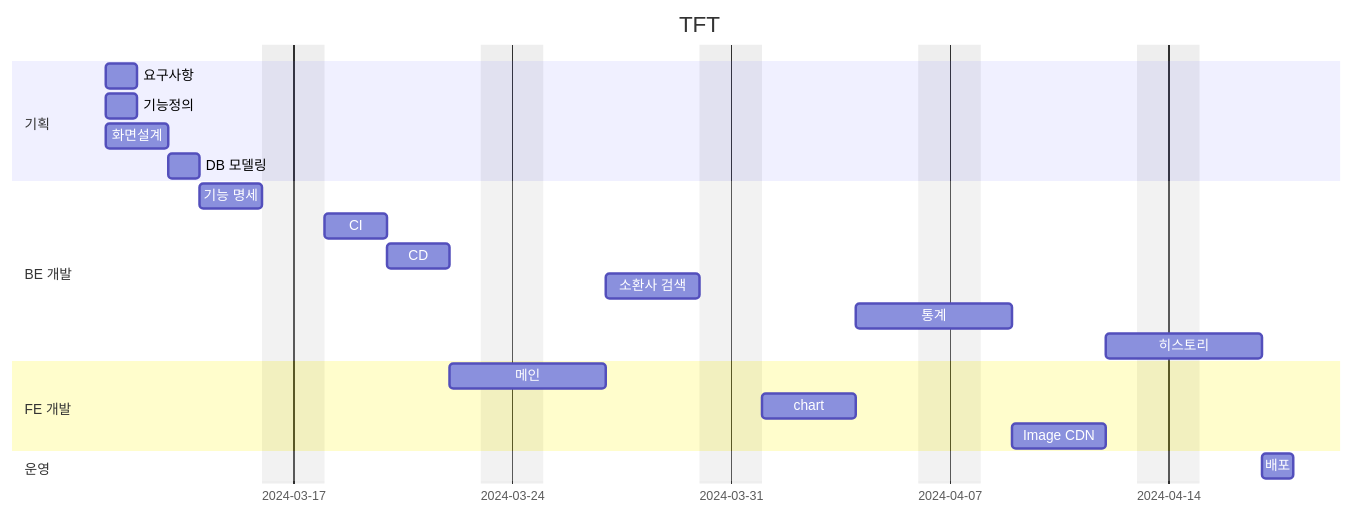
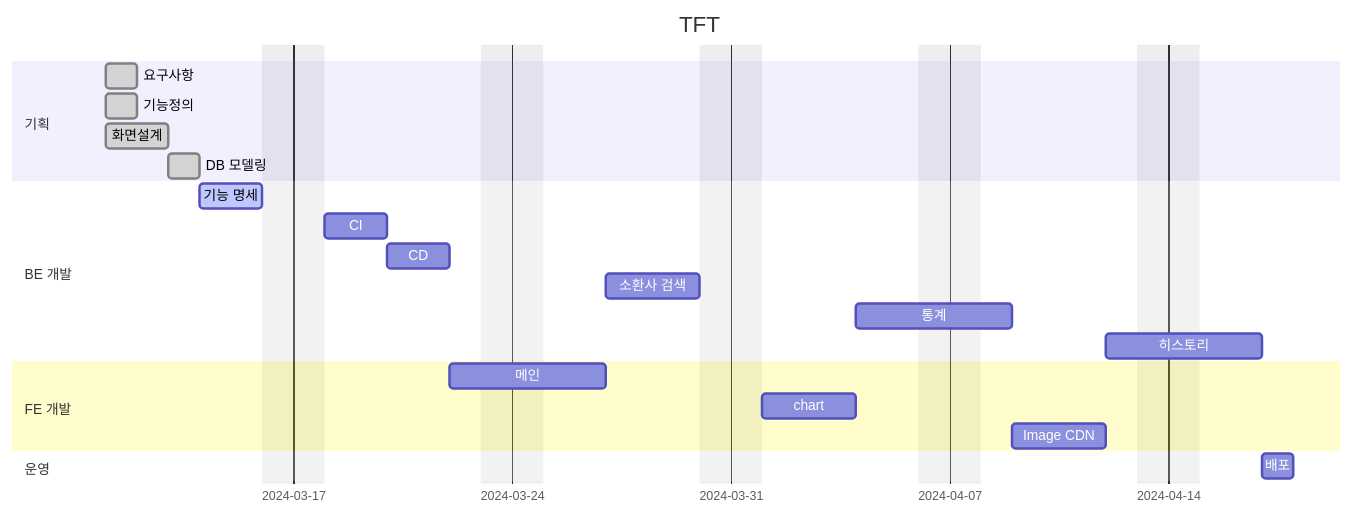
Before and after one commit to jmp7911/TFT_stats: the diagram in README.md, drawn with Mermaid. The commit also changed other lines of this file and 1 other file, not shown here.

````diff
--- a/README.md
+++ b/README.md
@@ -42,27 +42,30 @@
 ```mermaid
+
 gantt
     dateformat yyyy-mm-dd
     excludes weekends
     title TFT
 
 section 기획
-    요구사항        :a1, 2024-03-11, 1d
-    기능정의        :a2, 2024-03-11, 1d
-    화면설계        :a3, 2024-03-11, 2d
-    DB 모델링        :a4, after a3, 1d
+    요구사항        :done, a1, 2024-03-11, 1d
+    기능정의        :done, a2, 2024-03-11, 1d
+    화면설계        :done, a3, 2024-03-11, 2d
+    DB 모델링        :done, a4, after a3, 1d
 
 section BE 개발
-    기능 명세        :b1, after a4, 2d
+    기능 명세        :active, b1, after a4, 2d
     CI            :b2, after b1, 2d
     CD            :b3, after b2, 2d
     소환사 검색        :b4, after d0, 3d
     통계        :b5, after d1, 3d
     히스토리    : b6, after d2, 3d
 
 section FE 개발
     메인           : d0, after b3, 3d
     chart        : d1, after b4, 3d
     Image CDN        : d2, after b5, 3d
 section 운영
     배포            :c1, after b6, 1d
+
+
 ```
````
